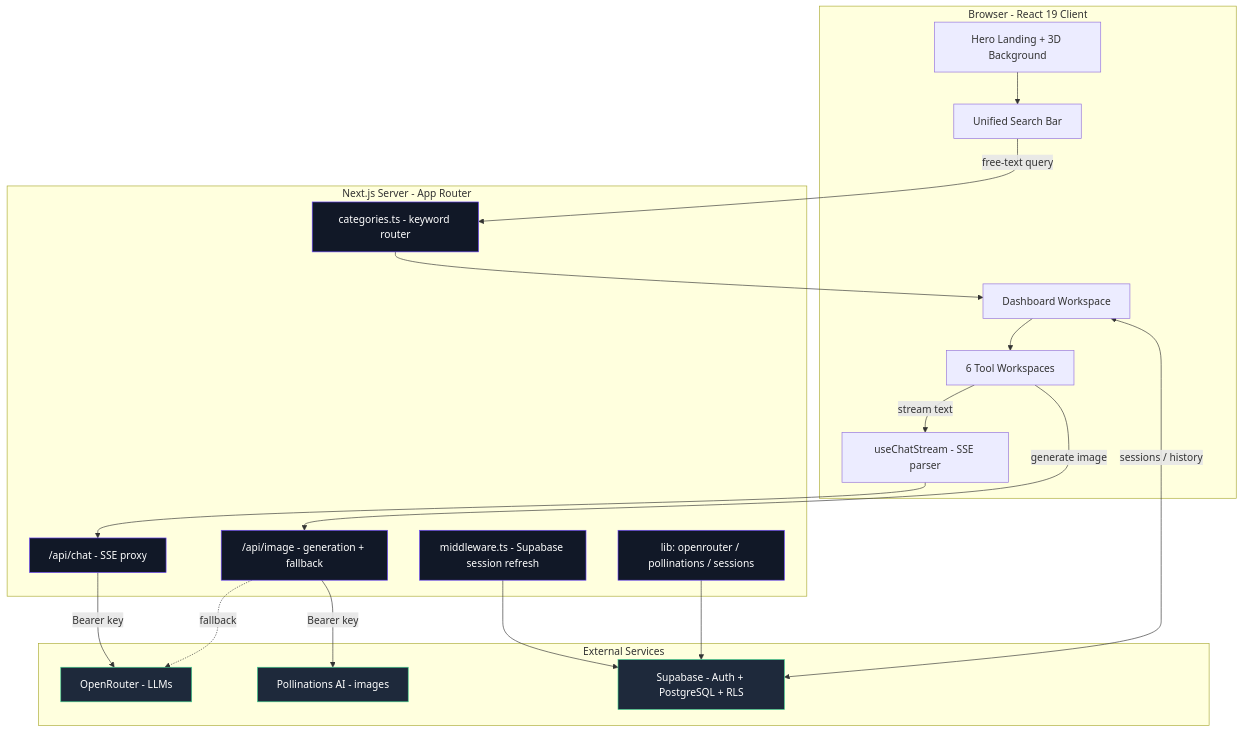
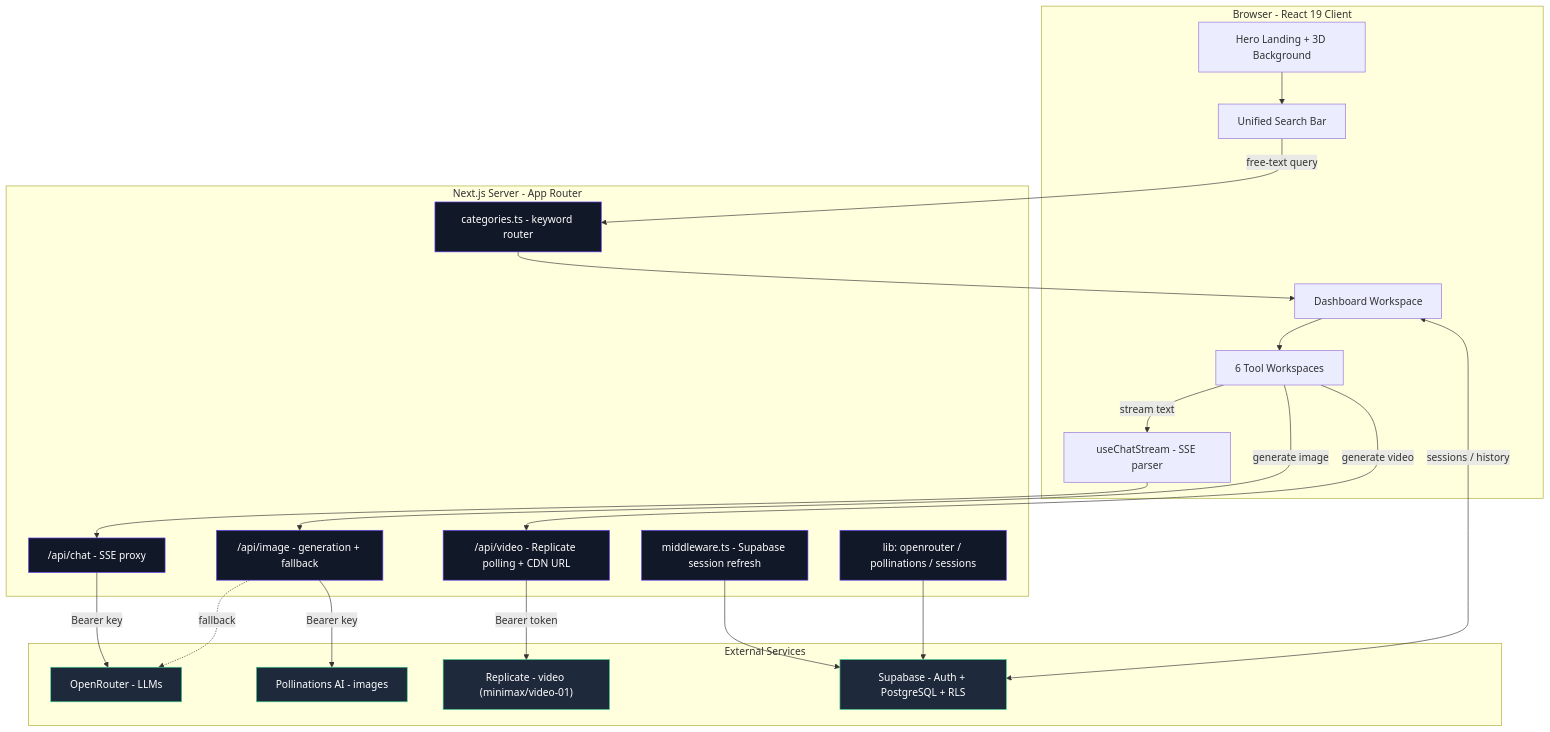
The first of 2 diagrams in README.md (Premkumar1845/NexusFlow), drawn with Mermaid before and after one commit. The commit also changed other lines of this file, not shown here.

Commit message:
docs(readme): update with Replicate video API, /api/video route, new env var and architecture

````diff
--- a/README.md
+++ b/README.md
@@ -78,41 +81,45 @@
 ```mermaid
 flowchart TB
     subgraph Client["Browser - React 19 Client"]
         Hero["Hero Landing + 3D Background"]
         Search["Unified Search Bar"]
         Dash["Dashboard Workspace"]
         Tools["6 Tool Workspaces"]
         Hook["useChatStream - SSE parser"]
     end
 
     subgraph Edge["Next.js Server - App Router"]
         MW["middleware.ts - Supabase session refresh"]
         ChatAPI["/api/chat - SSE proxy"]
         ImageAPI["/api/image - generation + fallback"]
+        VideoAPI["/api/video - Replicate polling + CDN URL"]
         Router["categories.ts - keyword router"]
         Lib["lib: openrouter / pollinations / sessions"]
     end
 
     subgraph External["External Services"]
         OR["OpenRouter - LLMs"]
         POLL["Pollinations AI - images"]
+        REP["Replicate - video (minimax/video-01)"]
         SUPA["Supabase - Auth + PostgreSQL + RLS"]
     end
 
     Hero --> Search
     Search -->|free-text query| Router
     Router --> Dash --> Tools
     Tools -->|stream text| Hook --> ChatAPI
     Tools -->|generate image| ImageAPI
+    Tools -->|generate video| VideoAPI
     ChatAPI -->|Bearer key| OR
     ImageAPI -->|Bearer key| POLL
     ImageAPI -. fallback .-> OR
+    VideoAPI -->|Bearer token| REP
     MW --> SUPA
     Lib --> SUPA
     Dash <-->|sessions / history| SUPA
 
     classDef ext fill:#1e293b,stroke:#3FCF8E,color:#fff;
     classDef edge fill:#111827,stroke:#6C47FF,color:#fff;
-    class OR,POLL,SUPA ext;
-    class MW,ChatAPI,ImageAPI,Router,Lib edge;
+    class OR,POLL,REP,SUPA ext;
+    class MW,ChatAPI,ImageAPI,VideoAPI,Router,Lib edge;
 ```
````
